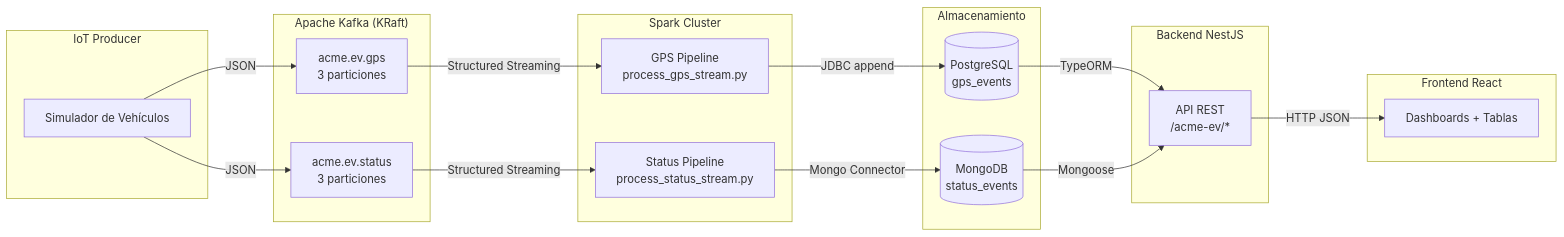
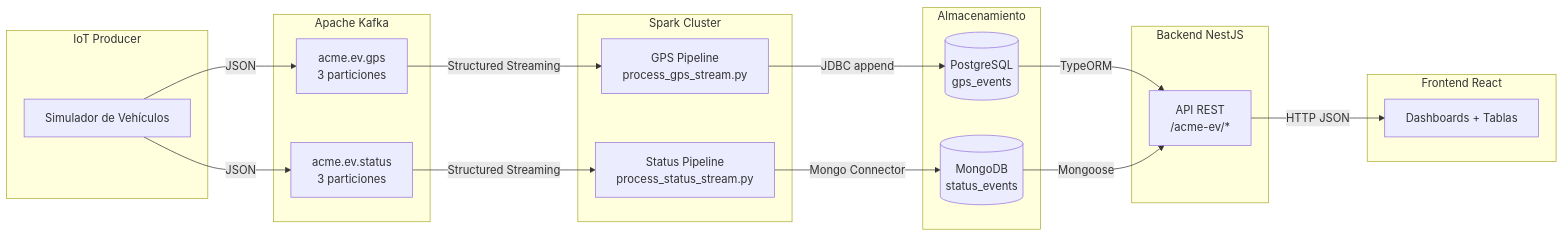
Before and after one commit to ZeroJChang/Proyecto_ArquitecturaDeDatos_2026: the fourth of 11 diagrams in docs/architecture.md, drawn with Mermaid. The commit also changed 3 other files, not shown here.

````diff
--- a/docs/architecture.md
+++ b/docs/architecture.md
@@ -87,39 +87,39 @@
 ```mermaid
 flowchart LR
     subgraph IoT["IoT Producer"]
         SIM[Simulador de Vehículos]
     end
 
-    subgraph Kafka["Apache Kafka (KRaft)"]
+    subgraph Kafka["Apache Kafka "]
         GPS_T[acme.ev.gps<br/>3 particiones]
         STATUS_T[acme.ev.status<br/>3 particiones]
     end
 
     subgraph Spark["Spark Cluster"]
         GPS_P[GPS Pipeline<br/>process_gps_stream.py]
         STATUS_P[Status Pipeline<br/>process_status_stream.py]
     end
 
     subgraph Storage["Almacenamiento"]
         PG[(PostgreSQL<br/>gps_events)]
         MG[(MongoDB<br/>status_events)]
     end
 
     subgraph API["Backend NestJS"]
         REST[API REST<br/>/acme-ev/*]
     end
 
     subgraph UI["Frontend React"]
         DASH[Dashboards + Tablas]
     end
 
     SIM -->|JSON| GPS_T
     SIM -->|JSON| STATUS_T
     GPS_T -->|Structured Streaming| GPS_P
     STATUS_T -->|Structured Streaming| STATUS_P
     GPS_P -->|JDBC append| PG
     STATUS_P -->|Mongo Connector| MG
     PG -->|TypeORM| REST
     MG -->|Mongoose| REST
     REST -->|HTTP JSON| DASH
 ```
````
